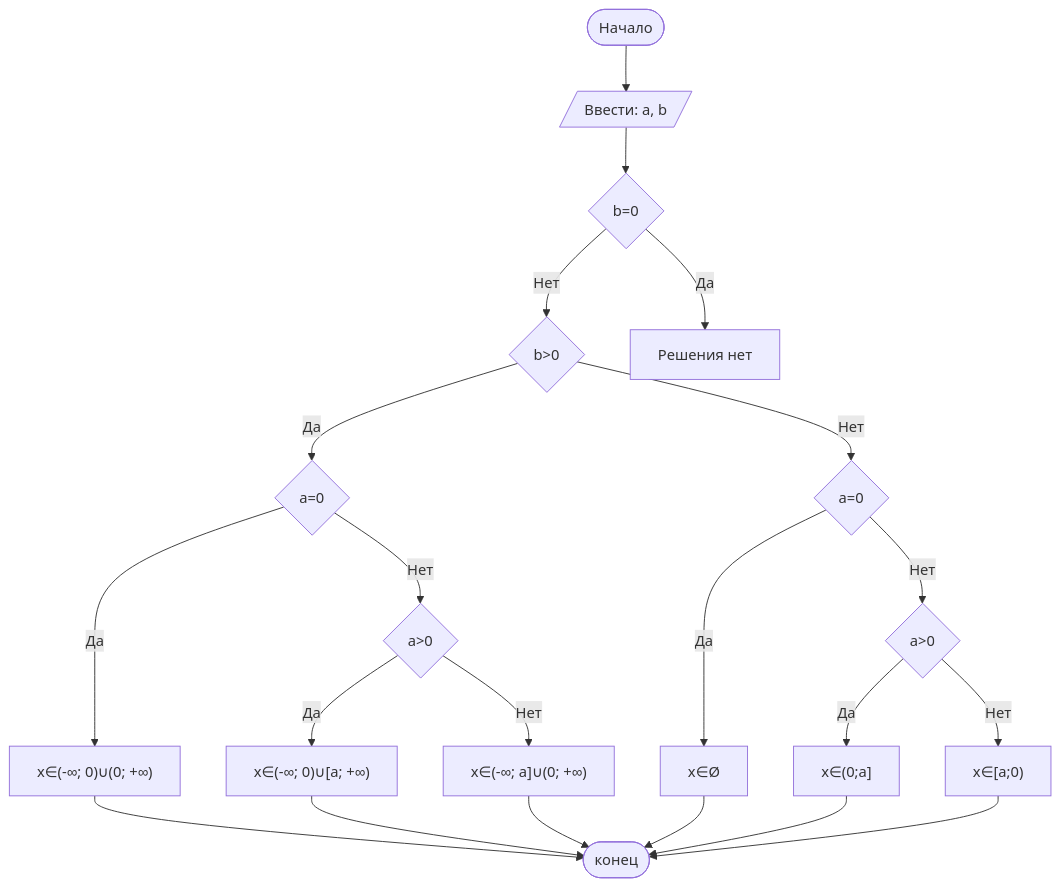
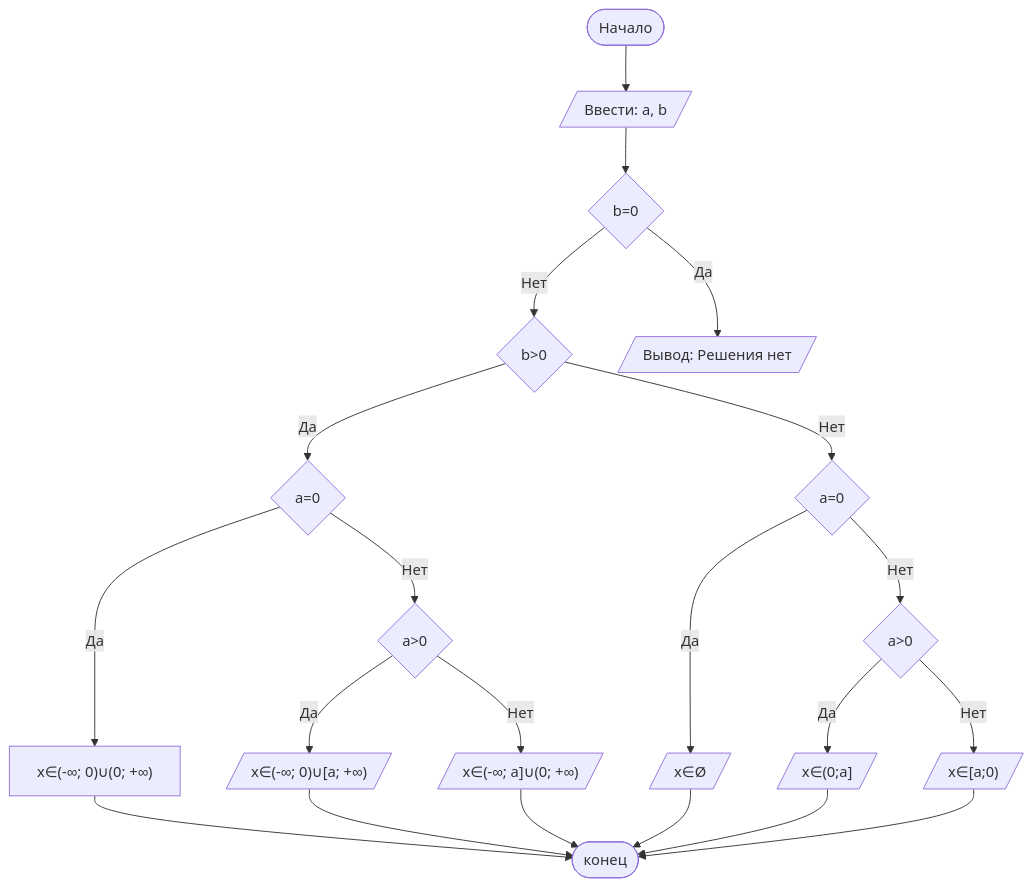
Before and after one commit to Elizavetabutko/lab1: the diagram in README.md, drawn with Mermaid.

Commit message:
README.md

````diff
--- a/README.md
+++ b/README.md
@@ -81,24 +81,24 @@
 ```mermaid
 graph TD
     A([Начало]) --> B[/Ввести: a, b/]
     B --> C{b=0}
     C -- Нет --> D{b>0}
-    C -- Да --> E[Решения нет]
+    C -- Да --> E[/Вывод: Решения нет/]
     D -- Да --> F{a=0}
     D -- Нет --> G{a=0}
     F -- Да --> H["x∈(-∞; 0)∪(0; +∞)"]
     F -- Нет --> I{a>0}
-    I -- Да --> L["x∈(-∞; 0)∪[a; +∞)"]
-    I -- Нет --> M["x∈(-∞; a]∪(0; +∞)"]
-    G -- Да --> J["x∈Ø"]
+    I -- Да --> L[/"x∈(-∞; 0)∪[a; +∞)"/]
+    I -- Нет --> M[/"x∈(-∞; a]∪(0; +∞)"/]
+    G -- Да --> J[/"x∈Ø"/]
     G -- Нет --> K{a>0}
-    K -- Да --> N["x∈(0;a]"]
-    K -- Нет --> O["x∈[a;0)"]
+    K -- Да --> N[/"x∈(0;a]"/]
+    K -- Нет --> O[/"x∈[a;0)"/]
     L --> Z([конец])
     M --> Z([конец])
     N --> Z([конец])
     O --> Z([конец])
     H --> Z([конец])
     J --> Z([конец])
 
 ```
````
